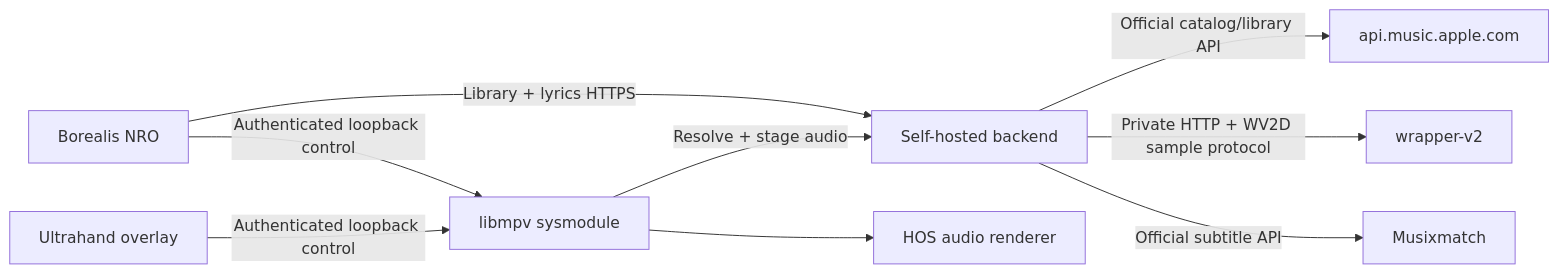
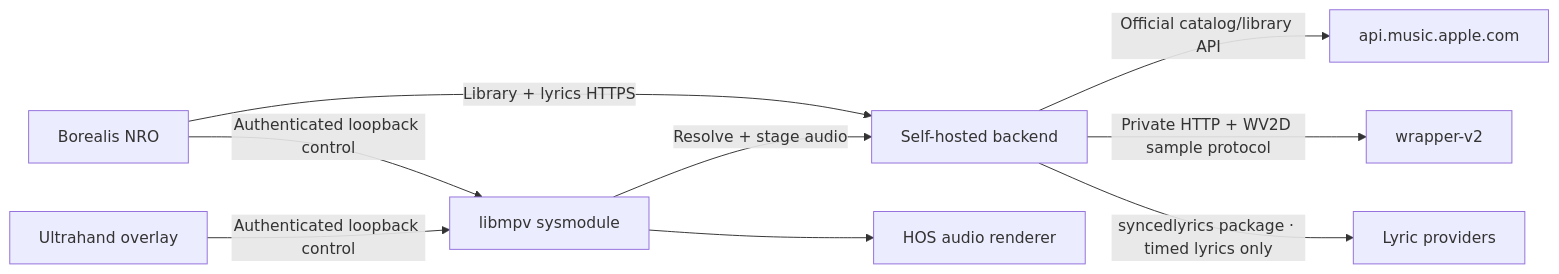
Before and after one commit to jvrcruzGAMES/SwitchAppleMusic: the diagram in docs/ARCHITECTURE.md, drawn with Mermaid. The commit also changed other lines of this file and 12 other files, not shown here.

Commit message:
Fetch synchronized lyrics through keyless syncedlyrics package

````diff
--- a/docs/ARCHITECTURE.md
+++ b/docs/ARCHITECTURE.md
@@ -3,11 +3,11 @@
 ```mermaid
 flowchart LR
   NRO["Borealis NRO"] -->|"Library + lyrics HTTPS"| API["Self-hosted backend"]
   NRO -->|"Authenticated loopback control"| SYS["libmpv sysmodule"]
   OVL["Ultrahand overlay"] -->|"Authenticated loopback control"| SYS
   SYS -->|"Resolve + stage audio"| API
   API -->|"Official catalog/library API"| APPLE["api.music.apple.com"]
   API -->|"Private HTTP + WV2D sample protocol"| WRAP["wrapper-v2"]
-  API -->|"Official subtitle API"| MXM["Musixmatch"]
+  API -->|"syncedlyrics package · timed lyrics only"| LRC["Lyric providers"]
   SYS --> AUDIO["HOS audio renderer"]
 ```
````
